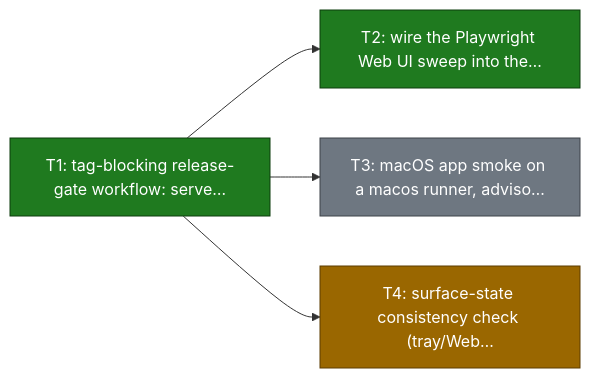
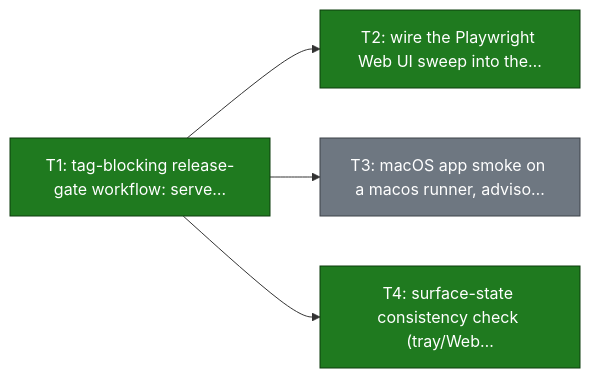
One commit to smart-mcp-proxy/mcpproxy-go changed the third of 26 diagrams in ROADMAP.md. Above: the diagram before and after it, drawn with Mermaid. The commit also changed other lines of this file and 1 other file, not shown here.

Commit message:
docs(roadmap): truth-sync Specs 108-117 and the quarantine pilot (#1657)

````diff
--- a/ROADMAP.md
+++ b/ROADMAP.md
@@ -149,18 +163,16 @@
 ```mermaid
 graph LR
   release_qa_gate_matrix["T1: tag-blocking release-gate workflow: serve…"]
   release_qa_gate_playwright["T2: wire the Playwright Web UI sweep into the…"]
   release_qa_gate_macos["T3: macOS app smoke on a macos runner, adviso…"]
   release_qa_gate_consistency["T4: surface-state consistency check (tray/Web…"]
 
   release_qa_gate_matrix --> release_qa_gate_playwright
   release_qa_gate_matrix --> release_qa_gate_macos
   release_qa_gate_matrix --> release_qa_gate_consistency
 
   classDef done fill:#1f7a1f,stroke:#0d3d0d,color:#ffffff;
-  classDef in_review fill:#9a6700,stroke:#5c3d00,color:#ffffff;
   classDef todo fill:#6e7781,stroke:#3d4248,color:#ffffff;
-  class release_qa_gate_matrix,release_qa_gate_playwright done;
-  class release_qa_gate_consistency in_review;
+  class release_qa_gate_matrix,release_qa_gate_playwright,release_qa_gate_consistency done;
   class release_qa_gate_macos todo;
 ```
````
